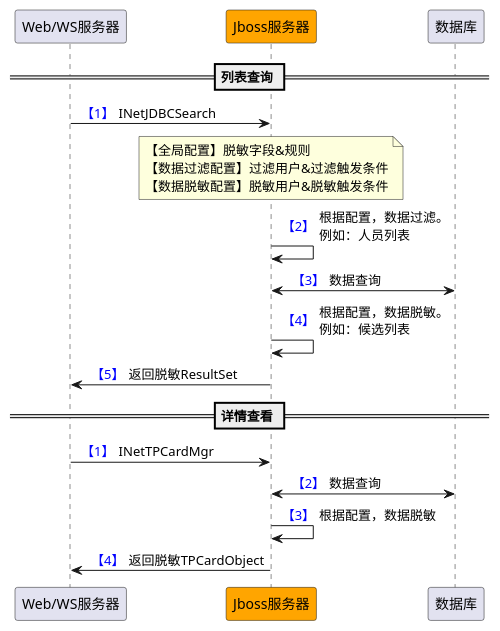
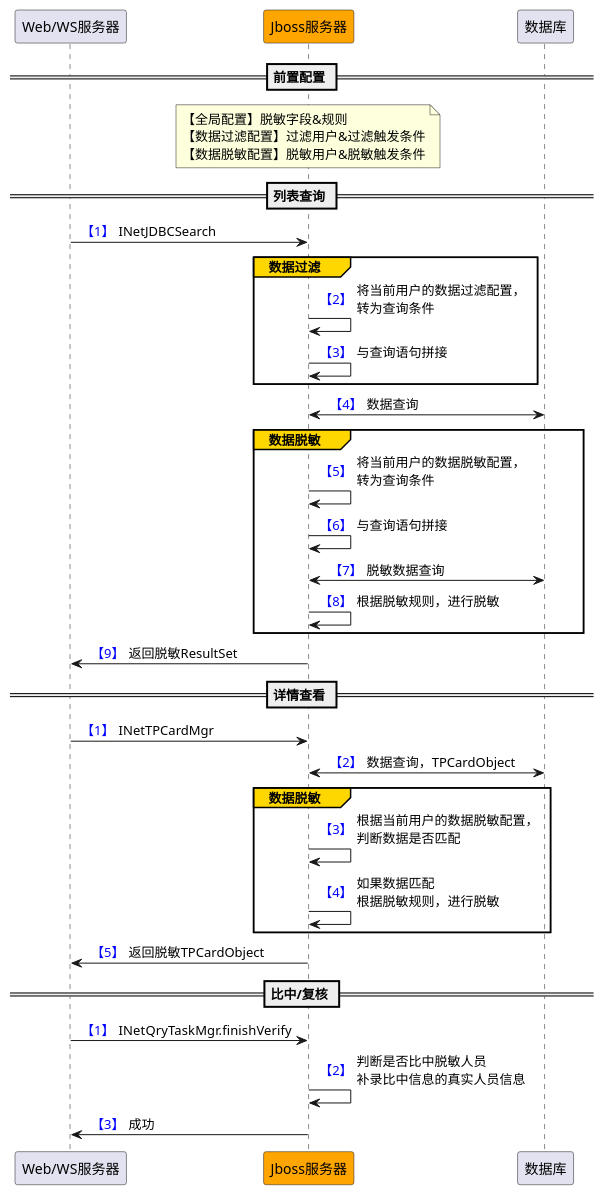
The diagram in common/src/main/resources/uml/时序图/数据脱敏时序图（接口加密）.puml (mvphjx/MyJavaGuide), drawn with PlantUML before and after one commit. The commit also changed 2 other files, not shown here.

Commit message:
时序图

```diff
--- a/common/src/main/resources/uml/时序图/数据脱敏时序图（接口加密）.puml
+++ b/common/src/main/resources/uml/时序图/数据脱敏时序图（接口加密）.puml
@@ -1,22 +1,38 @@
 @startuml
 'https://plantuml.com/sequence-diagram
 autonumber
 participant "Web/WS服务器" as WebServer
 participant "Jboss服务器" as JbossServer #orange
 participant "数据库" as db
+== 前置配置 ==
+note over  of JbossServer: 【全局配置】脱敏字段&规则\n【数据过滤配置】过滤用户&过滤触发条件\n【数据脱敏配置】脱敏用户&脱敏触发条件
 == 列表查询 ==
 autonumber "<font color=blue> 【#】"
 WebServer-> JbossServer :INetJDBCSearch
-note over  of JbossServer: 【全局配置】脱敏字段&规则\n【数据过滤配置】过滤用户&过滤触发条件\n【数据脱敏配置】脱敏用户&脱敏触发条件
-JbossServer-> JbossServer :根据配置，数据过滤。\n例如：人员列表
+group#Gold 数据过滤
+JbossServer-> JbossServer :将当前用户的数据过滤配置，\n转为查询条件
+JbossServer-> JbossServer :与查询语句拼接
+end
 JbossServer <-> db :数据查询
-JbossServer-> JbossServer :根据配置，数据脱敏。\n例如：候选列表
+group#Gold 数据脱敏
+JbossServer-> JbossServer :将当前用户的数据脱敏配置，\n转为查询条件
+JbossServer-> JbossServer :与查询语句拼接
+JbossServer <-> db :脱敏数据查询
+JbossServer-> JbossServer :根据脱敏规则，进行脱敏
+end
 JbossServer-> WebServer : 返回脱敏ResultSet
 == 详情查看 ==
 autonumber "<font color=blue> 【#】"
 WebServer-> JbossServer :INetTPCardMgr
-JbossServer <-> db :数据查询
-JbossServer-> JbossServer :根据配置，数据脱敏
+JbossServer <-> db :数据查询，TPCardObject
+group#Gold 数据脱敏
+JbossServer-> JbossServer :根据当前用户的数据脱敏配置，\n判断数据是否匹配
+JbossServer-> JbossServer :如果数据匹配\n根据脱敏规则，进行脱敏
+end
 JbossServer-> WebServer : 返回脱敏TPCardObject
-
+== 比中/复核 ==
+autonumber "<font color=blue> 【#】"
+WebServer-> JbossServer :INetQryTaskMgr.finishVerify
+JbossServer-> JbossServer :判断是否比中脱敏人员\n补录比中信息的真实人员信息
+JbossServer-> WebServer : 成功
 @enduml
```
